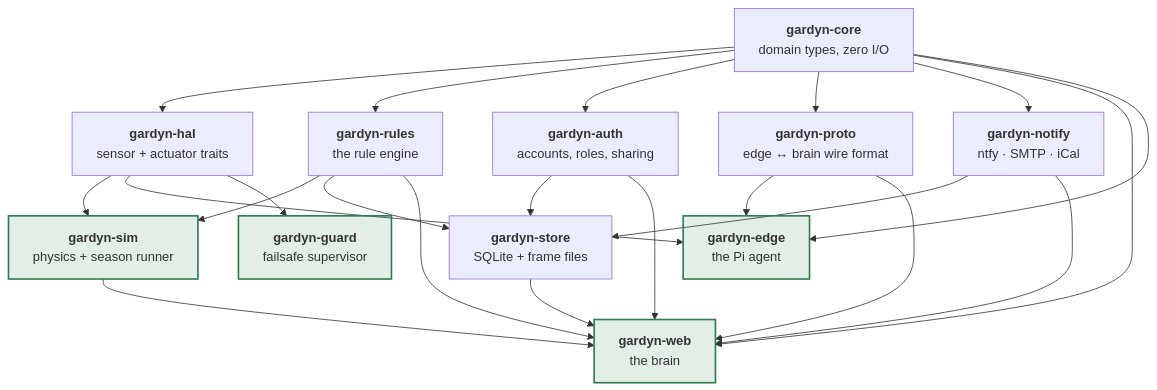
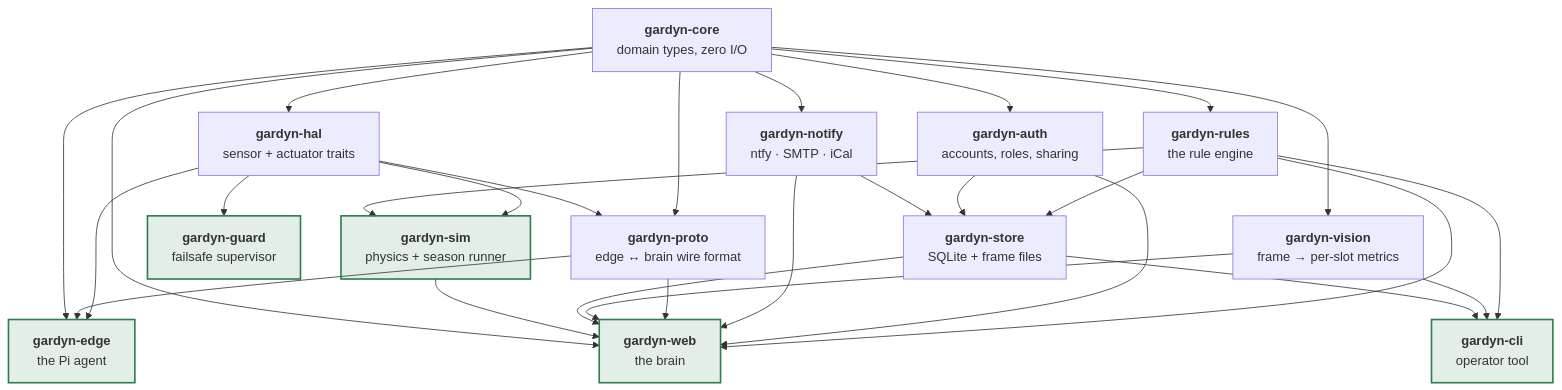
The second of 2 diagrams in DESIGN.md (aero530/garden_monitor), drawn with Mermaid before and after one commit. The commit also changed other lines of this file and 9 other files, not shown here.

````diff
--- a/DESIGN.md
+++ b/DESIGN.md
@@ -438,31 +438,34 @@
 ```mermaid
 flowchart TD
   core["<b>gardyn-core</b><br/>domain types, zero I/O"]
 
   hal["<b>gardyn-hal</b><br/>sensor + actuator traits"]
   rules["<b>gardyn-rules</b><br/>the rule engine"]
   auth["<b>gardyn-auth</b><br/>accounts, roles, sharing"]
   proto["<b>gardyn-proto</b><br/>edge ↔ brain wire format"]
   notify["<b>gardyn-notify</b><br/>ntfy · SMTP · iCal"]
 
   sim["<b>gardyn-sim</b><br/>physics + season runner"]
   store["<b>gardyn-store</b><br/>SQLite + frame files"]
 
   web["<b>gardyn-web</b><br/>the brain"]
   edge["<b>gardyn-edge</b><br/>the Pi agent"]
   guard["<b>gardyn-guard</b><br/>failsafe supervisor"]
 
-  core --> hal & rules & auth & proto & notify
-  hal --> sim & edge & guard
-  rules --> sim & store & web
+  vision["<b>gardyn-vision</b><br/>frame → per-slot metrics"]
+  cli["<b>gardyn-cli</b><br/>operator tool"]
+
+  core --> hal & rules & auth & proto & notify & vision
+  hal --> sim & edge & guard & proto
+  rules --> sim & store & web & cli
   auth --> store & web
   notify --> store & web
   proto --> edge & web
-  store --> web
+  vision --> web & cli
+  store --> web & cli
   sim --> web
-  core --> web
-  core --> edge
+  core --> web & edge
 
   classDef bin fill:#2f7d4f22,stroke:#2f7d4f,stroke-width:2px
-  class web,edge,guard,sim bin
+  class web,edge,guard,sim,cli bin
 ```
````
